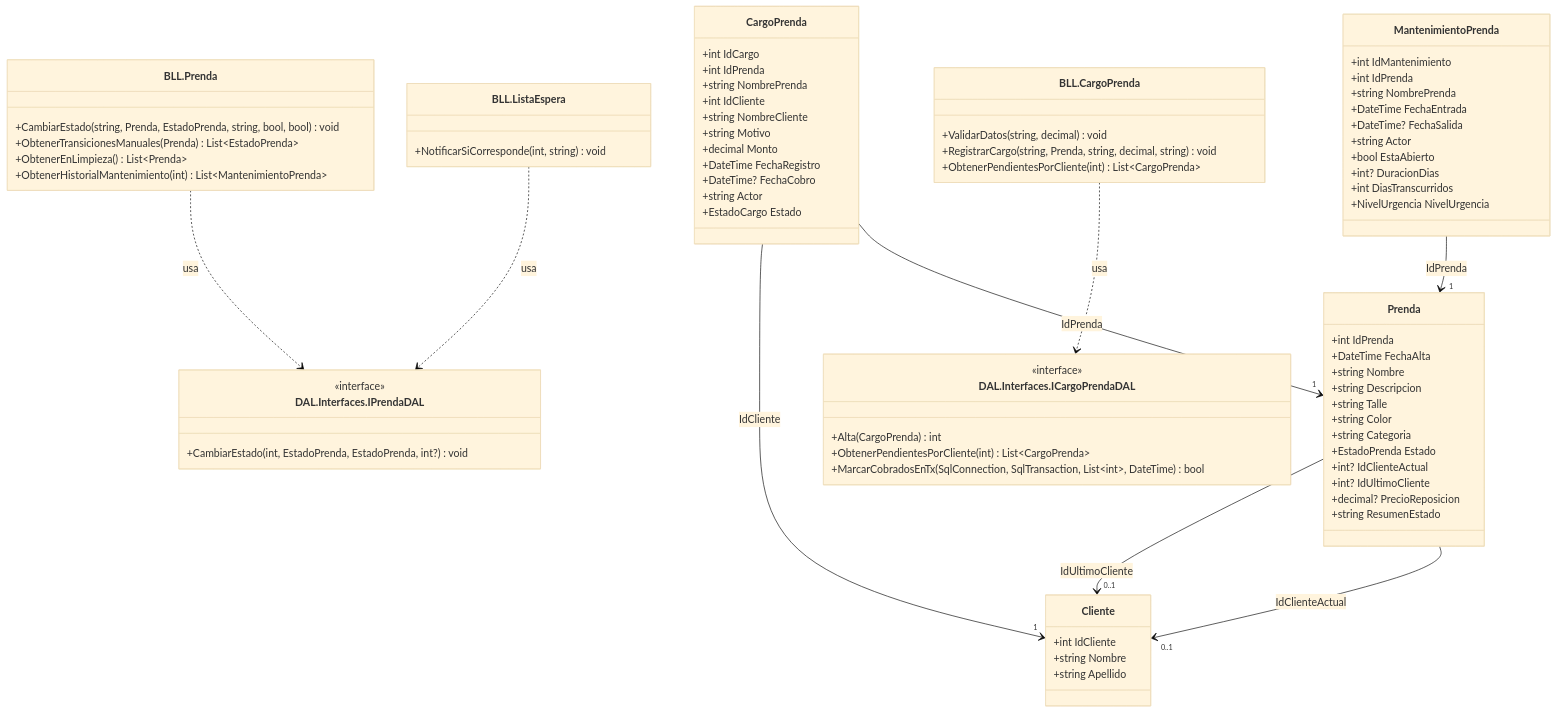
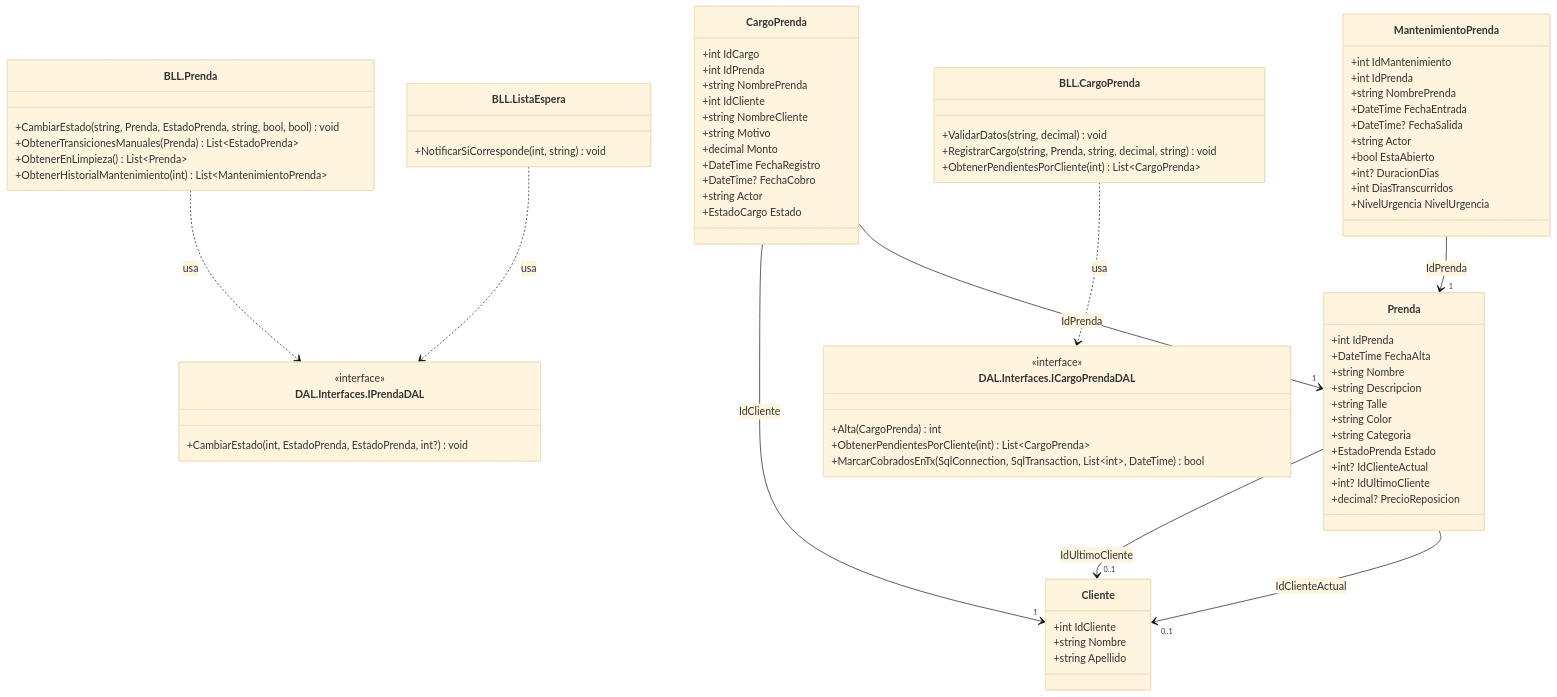
Before and after one commit to valentinamorana/Trabajo-de-Diploma: the diagram in docs/diagramas/mermaid/CLASES_pn04_devolucion.mmd, drawn with Mermaid (base theme). The commit also changed 40 other files, not shown here.

```diff
--- a/docs/diagramas/mermaid/CLASES_pn04_devolucion.mmd
+++ b/docs/diagramas/mermaid/CLASES_pn04_devolucion.mmd
@@ -1,78 +1,77 @@
 classDiagram
   direction TB
   class Prenda {
     +int IdPrenda
     +DateTime FechaAlta
     +string Nombre
     +string Descripcion
     +string Talle
     +string Color
     +string Categoria
     +EstadoPrenda Estado
     +int? IdClienteActual
     +int? IdUltimoCliente
     +decimal? PrecioReposicion
-    +string ResumenEstado
   }
   class MantenimientoPrenda {
     +int IdMantenimiento
     +int IdPrenda
     +string NombrePrenda
     +DateTime FechaEntrada
     +DateTime? FechaSalida
     +string Actor
     +bool EstaAbierto
     +int? DuracionDias
     +int DiasTranscurridos
     +NivelUrgencia NivelUrgencia
   }
   class CargoPrenda {
     +int IdCargo
     +int IdPrenda
     +string NombrePrenda
     +int IdCliente
     +string NombreCliente
     +string Motivo
     +decimal Monto
     +DateTime FechaRegistro
     +DateTime? FechaCobro
     +string Actor
     +EstadoCargo Estado
   }
   class Cliente {
     +int IdCliente
     +string Nombre
     +string Apellido
   }
   class BLL_ListaEspera["BLL.ListaEspera"] {
     +NotificarSiCorresponde(int,  string) void
   }
   class BLL_Prenda["BLL.Prenda"] {
     +CambiarEstado(string,  Prenda,  EstadoPrenda,  string,  bool,  bool) void
     +ObtenerTransicionesManuales(Prenda) List~EstadoPrenda~
     +ObtenerEnLimpieza() List~Prenda~
     +ObtenerHistorialMantenimiento(int) List~MantenimientoPrenda~
   }
   class BLL_CargoPrenda["BLL.CargoPrenda"] {
     +ValidarDatos(string,  decimal) void
     +RegistrarCargo(string,  Prenda,  string,  decimal,  string) void
     +ObtenerPendientesPorCliente(int) List~CargoPrenda~
   }
   class DAL_Interfaces_IPrendaDAL["DAL.Interfaces.IPrendaDAL"] {
     <<interface>>
     +CambiarEstado(int,  EstadoPrenda,  EstadoPrenda,  int?) void
   }
   class DAL_Interfaces_ICargoPrendaDAL["DAL.Interfaces.ICargoPrendaDAL"] {
     <<interface>>
     +Alta(CargoPrenda) int
     +ObtenerPendientesPorCliente(int) List~CargoPrenda~
     +MarcarCobradosEnTx(SqlConnection,  SqlTransaction,  List~int~,  DateTime) bool
   }
   Prenda --> "0..1" Cliente : IdClienteActual
   Prenda --> "0..1" Cliente : IdUltimoCliente
   MantenimientoPrenda --> "1" Prenda : IdPrenda
   CargoPrenda --> "1" Prenda : IdPrenda
   CargoPrenda --> "1" Cliente : IdCliente
   BLL_ListaEspera ..> DAL_Interfaces_IPrendaDAL : usa
   BLL_Prenda ..> DAL_Interfaces_IPrendaDAL : usa
   BLL_CargoPrenda ..> DAL_Interfaces_ICargoPrendaDAL : usa
```
